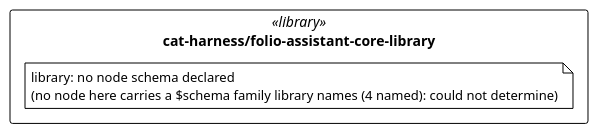
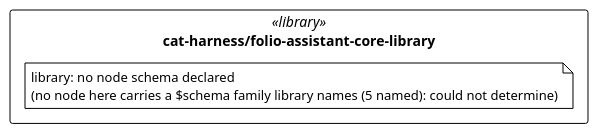
Before and after one commit to litlfred/folio-assistant: the diagram in cat-harness/uml/overview/cat-harness/folio-assistant-core-library.puml, drawn with PlantUML. The commit also changed 25 other files, not shown here.

First line of the commit message:
Regenerate after merging main — glossary, UML overview, detangle, library/schema/uploads viz

```diff
--- a/cat-harness/uml/overview/cat-harness/folio-assistant-core-library.puml
+++ b/cat-harness/uml/overview/cat-harness/folio-assistant-core-library.puml
@@ -3,13 +3,13 @@
 @startuml cat_harness_folio_assistant_core_library
 !pragma layout elk
 !theme plain
 skinparam classAttributeIconSize 0
 skinparam shadowing false
 skinparam packageStyle rectangle
 hide empty methods
 
 package "cat-harness/folio-assistant-core-library" as pkg_cat_harness_folio_assistant_core_library <<library>> {
-  note "library: no node schema declared\n(no node here carries a $schema family library names (4 named): could not determine)" as n_cat_harness_folio_assistant_core_library_library
+  note "library: no node schema declared\n(no node here carries a $schema family library names (5 named): could not determine)" as n_cat_harness_folio_assistant_core_library_library
 }
 
 @enduml
```
